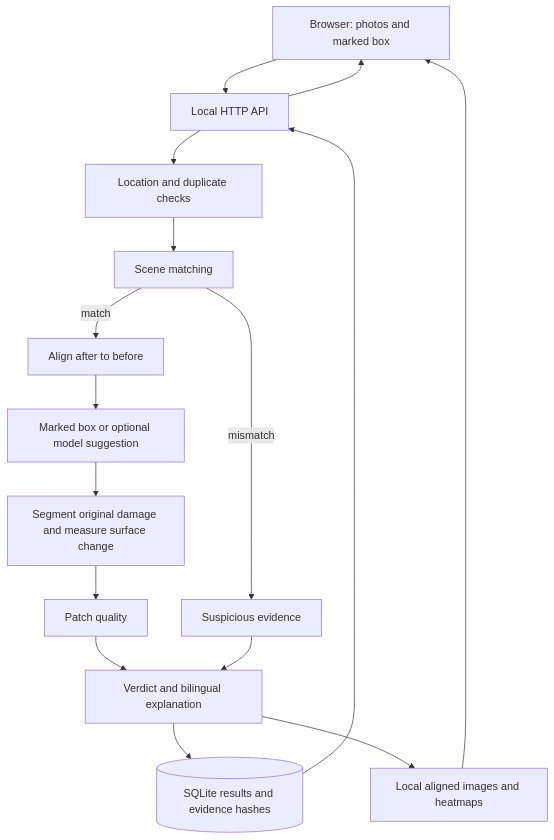
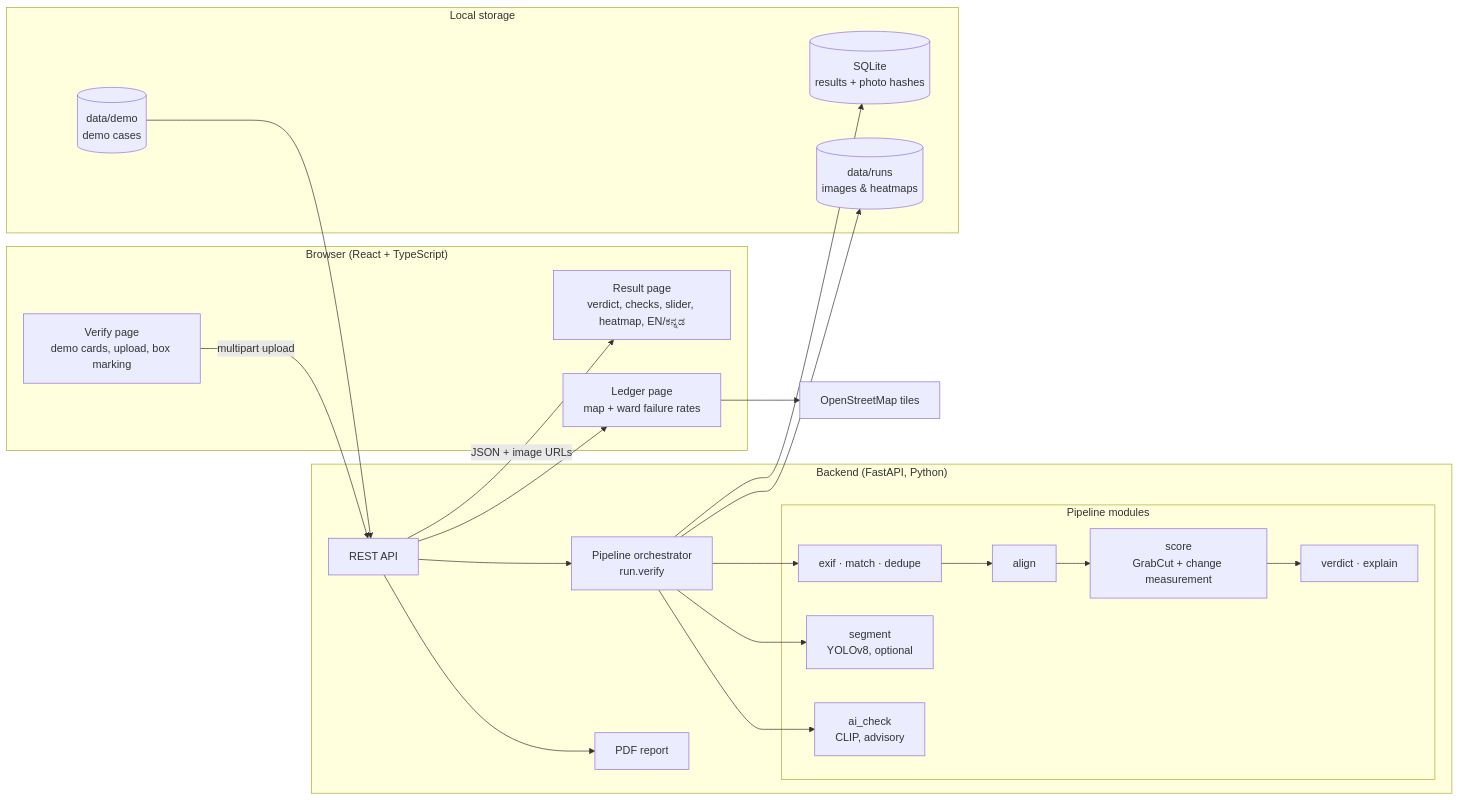
One commit to Hackotber-26/T14-Stark-Industry-Interns changed the second of 3 diagrams in README.md. Above: the diagram before and after it, drawn with Mermaid. The commit also changed other lines of this file, not shown here.

Commit message:
docs: full README with architecture, pipeline, impact and tech stack

````diff
--- a/README.md
+++ b/README.md
@@ -42,18 +121,42 @@
 ```mermaid
-flowchart TD
-    UI[Browser: photos and marked box] --> API[Local HTTP API]
-    API --> GPS[Location and duplicate checks]
-    GPS --> SCENE[Scene matching]
-    SCENE -->|match| ALIGN[Align after to before]
-    SCENE -->|mismatch| FLAG[Suspicious evidence]
-    ALIGN --> ROI[Marked box or optional model suggestion]
-    ROI --> DAMAGE[Segment original damage and measure surface change]
-    DAMAGE --> QUALITY[Patch quality]
-    QUALITY --> DECIDE[Verdict and bilingual explanation]
-    FLAG --> DECIDE
-    DECIDE --> STORE[(SQLite results and evidence hashes)]
-    DECIDE --> IMAGES[Local aligned images and heatmaps]
-    STORE --> API
-    IMAGES --> UI
-    API --> UI
+flowchart LR
+    subgraph Browser["Browser (React + TypeScript)"]
+        UI[Verify page<br/>demo cards, upload, box marking]
+        RES[Result page<br/>verdict, checks, slider, heatmap, EN/ಕನ್ನಡ]
+        LED[Ledger page<br/>map + ward failure rates]
+    end
+
+    subgraph Backend["Backend (FastAPI, Python)"]
+        API[REST API]
+        RUN[Pipeline orchestrator<br/>run.verify]
+        subgraph Pipeline["Pipeline modules"]
+            EX[exif · match · dedupe]
+            ALG[align]
+            SC[score<br/>GrabCut + change measurement]
+            VD[verdict · explain]
+            SEG[segment<br/>YOLOv8, optional]
+            AIC[ai_check<br/>CLIP, advisory]
+        end
+        REP[PDF report]
+    end
+
+    subgraph Storage["Local storage"]
+        DB[(SQLite<br/>results + photo hashes)]
+        FS[(data/runs<br/>images & heatmaps)]
+        DEMO[(data/demo<br/>demo cases)]
+    end
+
+    MAP[OpenStreetMap tiles]
+
+    UI -- multipart upload --> API
+    API --> RUN --> EX --> ALG --> SC --> VD
+    RUN --> SEG
+    RUN --> AIC
+    RUN --> DB
+    RUN --> FS
+    API --> REP
+    API -- JSON + image URLs --> RES
+    API --> LED
+    DEMO --> API
+    LED --> MAP
 ```
````
